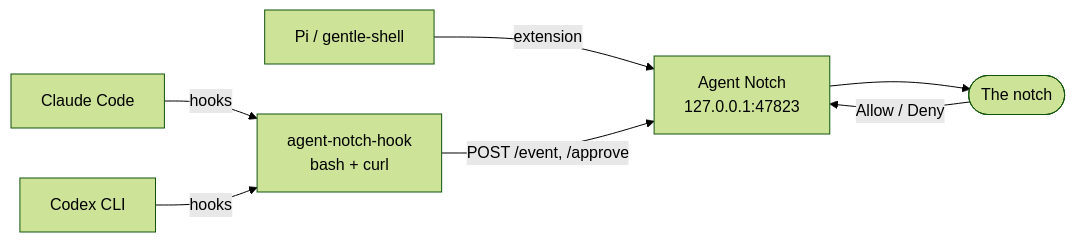
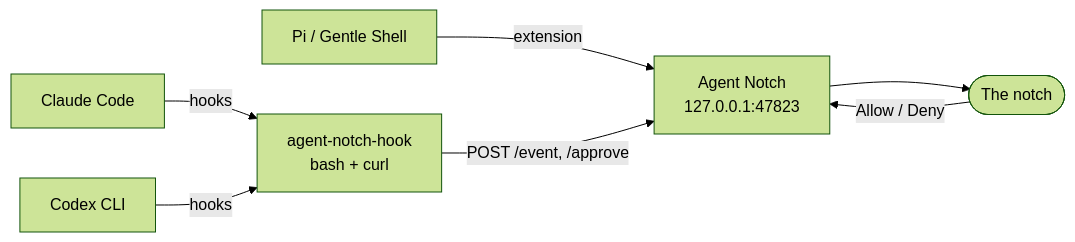
One commit to enderdev01/agent-notch changed the diagram in README.md. Above: the diagram before and after it, drawn with Mermaid (forest theme). The commit also changed other lines of this file and 9 other files, not shown here.

Commit message:
feat: rename the Pi agent to Gentle Shell in the UI and docs

````diff
--- a/README.md
+++ b/README.md
@@ -104,9 +104,9 @@
 ```mermaid
 flowchart LR
     C["Claude Code"] -- hooks --> B["agent-notch-hook<br/>bash + curl"]
     X["Codex CLI"] -- hooks --> B
-    P["Pi / gentle-shell"] -- extension --> S
+    P["Pi / Gentle Shell"] -- extension --> S
     B -- "POST /event, /approve" --> S["Agent Notch<br/>127.0.0.1:47823"]
     S --> N(["The notch"])
     N -- "Allow / Deny" --> S
 ```
````
